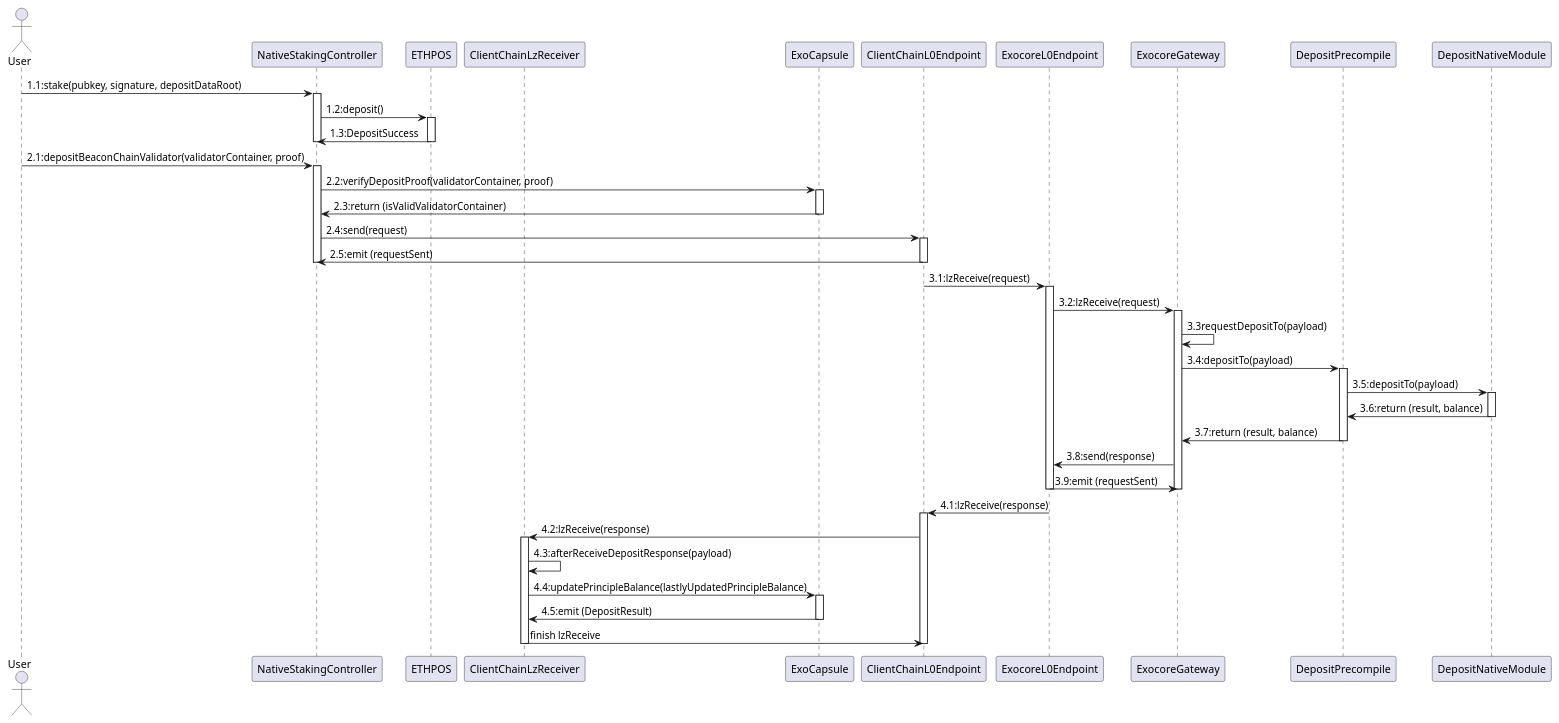
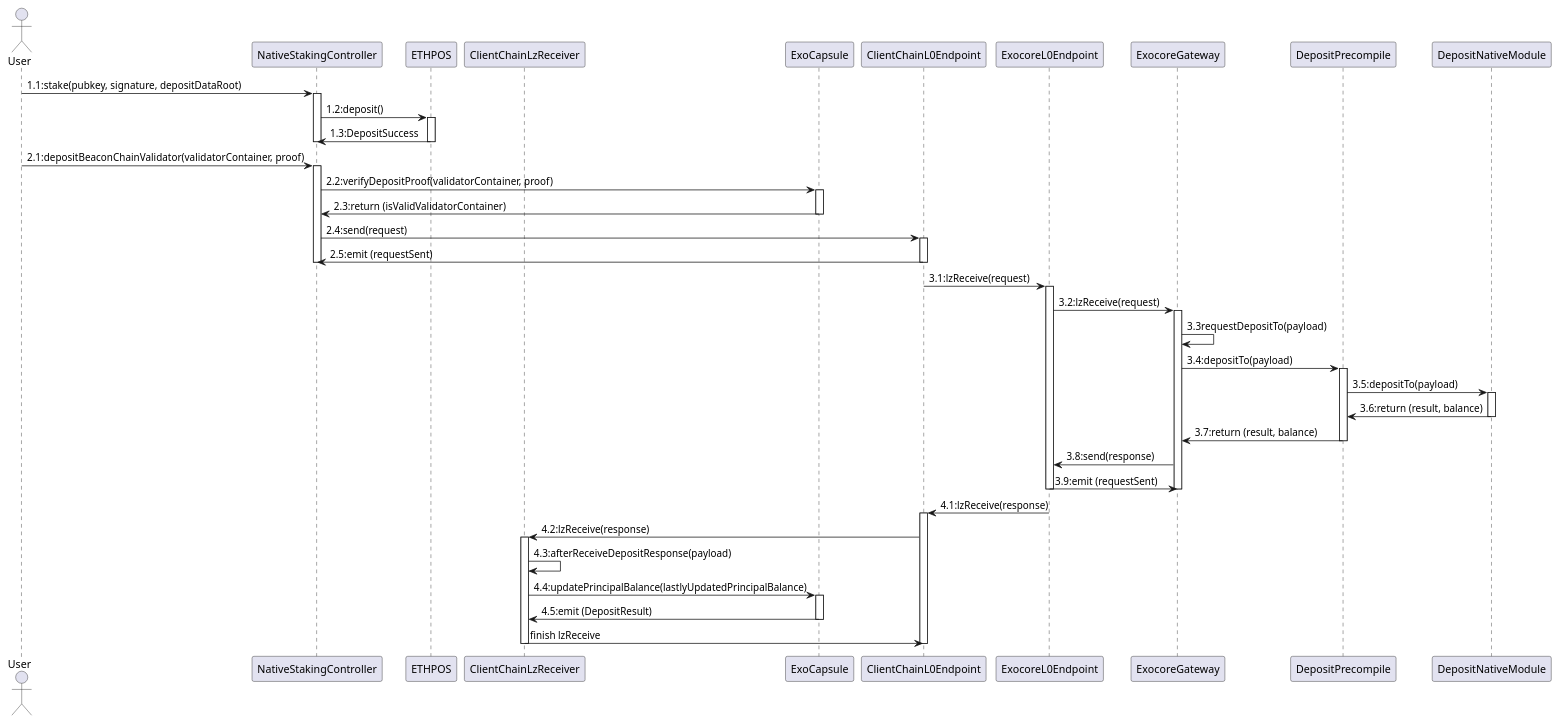
Before and after one commit to ExocoreNetwork/exocore-contracts: the first of 2 diagrams in docs/native_deposit_workflow.wsd, drawn with PlantUML. The commit also changed 26 other files, not shown here.

Commit message:
fix typo: principle => principal

```diff
--- a/docs/native_deposit_workflow.wsd
+++ b/docs/native_deposit_workflow.wsd
@@ -3,62 +3,62 @@
 @startuml
 actor User
 participant NativeStakingController
 participant ETHPOS
 participant ClientChainLzReceiver
 participant ExoCapsule
 participant ClientChainL0Endpoint
 participant ExocoreL0Endpoint
 participant ExocoreGateway
 participant DepositPrecompile
 participant DepositNativeModule
 
 User -> NativeStakingController: 1.1:stake(pubkey, signature, depositDataRoot)
 activate NativeStakingController
 NativeStakingController -> ETHPOS: 1.2:deposit()
 activate ETHPOS
 ETHPOS -> NativeStakingController: 1.3:DepositSuccess
 deactivate ETHPOS
 deactivate NativeStakingController
 
 User -> NativeStakingController: 2.1:depositBeaconChainValidator(validatorContainer, proof)
 activate NativeStakingController
 NativeStakingController -> ExoCapsule: 2.2:verifyDepositProof(validatorContainer, proof)
 activate ExoCapsule
 ExoCapsule -> NativeStakingController: 2.3:return (isValidValidatorContainer)
 deactivate ExoCapsule
 NativeStakingController -> ClientChainL0Endpoint: 2.4:send(request)
 activate ClientChainL0Endpoint
 ClientChainL0Endpoint -> NativeStakingController: 2.5:emit (requestSent)
 deactivate ClientChainL0Endpoint
 deactivate NativeStakingController
 ClientChainL0Endpoint -> ExocoreL0Endpoint: 3.1:lzReceive(request)
 activate ExocoreL0Endpoint
 ExocoreL0Endpoint -> ExocoreGateway: 3.2:lzReceive(request)
 activate ExocoreGateway
 ExocoreGateway -> ExocoreGateway: 3.3requestDepositTo(payload)
 ExocoreGateway -> DepositPrecompile: 3.4:depositTo(payload)
 activate DepositPrecompile
 DepositPrecompile -> DepositNativeModule: 3.5:depositTo(payload)
 activate DepositNativeModule
 DepositNativeModule -> DepositPrecompile: 3.6:return (result, balance)
 deactivate DepositNativeModule
 DepositPrecompile -> ExocoreGateway: 3.7:return (result, balance)
 deactivate DepositPrecompile
 ExocoreGateway -> ExocoreL0Endpoint: 3.8:send(response)
 ExocoreL0Endpoint -> ExocoreGateway: 3.9:emit (requestSent)
 deactivate ExocoreGateway
 deactivate ExocoreL0Endpoint
 ExocoreL0Endpoint -> ClientChainL0Endpoint: 4.1:lzReceive(response)
 activate ClientChainL0Endpoint
 ClientChainL0Endpoint -> ClientChainLzReceiver: 4.2:lzReceive(response)
 activate ClientChainLzReceiver
 ClientChainLzReceiver -> ClientChainLzReceiver: 4.3:afterReceiveDepositResponse(payload)
-ClientChainLzReceiver -> ExoCapsule: 4.4:updatePrincipleBalance(lastlyUpdatedPrincipleBalance)
+ClientChainLzReceiver -> ExoCapsule: 4.4:updatePrincipalBalance(lastlyUpdatedPrincipalBalance)
 activate ExoCapsule
 ExoCapsule -> ClientChainLzReceiver: 4.5:emit (DepositResult)
 deactivate ExoCapsule
 ClientChainLzReceiver -> ClientChainL0Endpoint: finish lzReceive
 deactivate ClientChainLzReceiver
 deactivate ClientChainL0Endpoint
 
 @enduml
```
